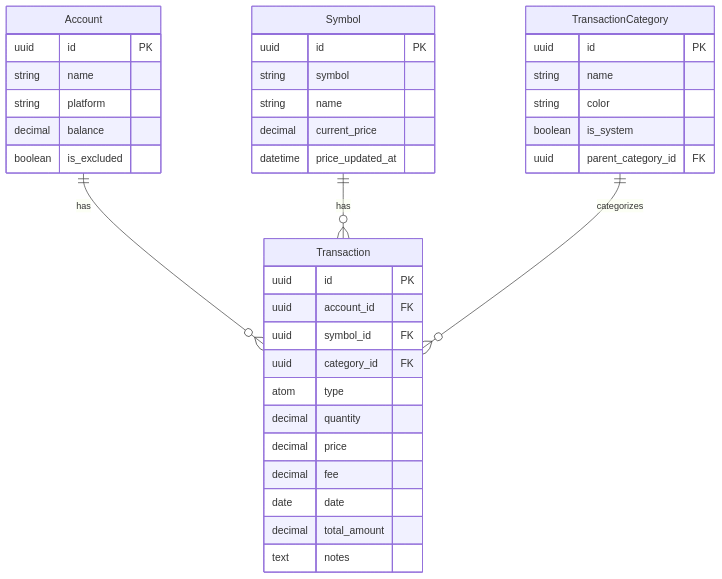
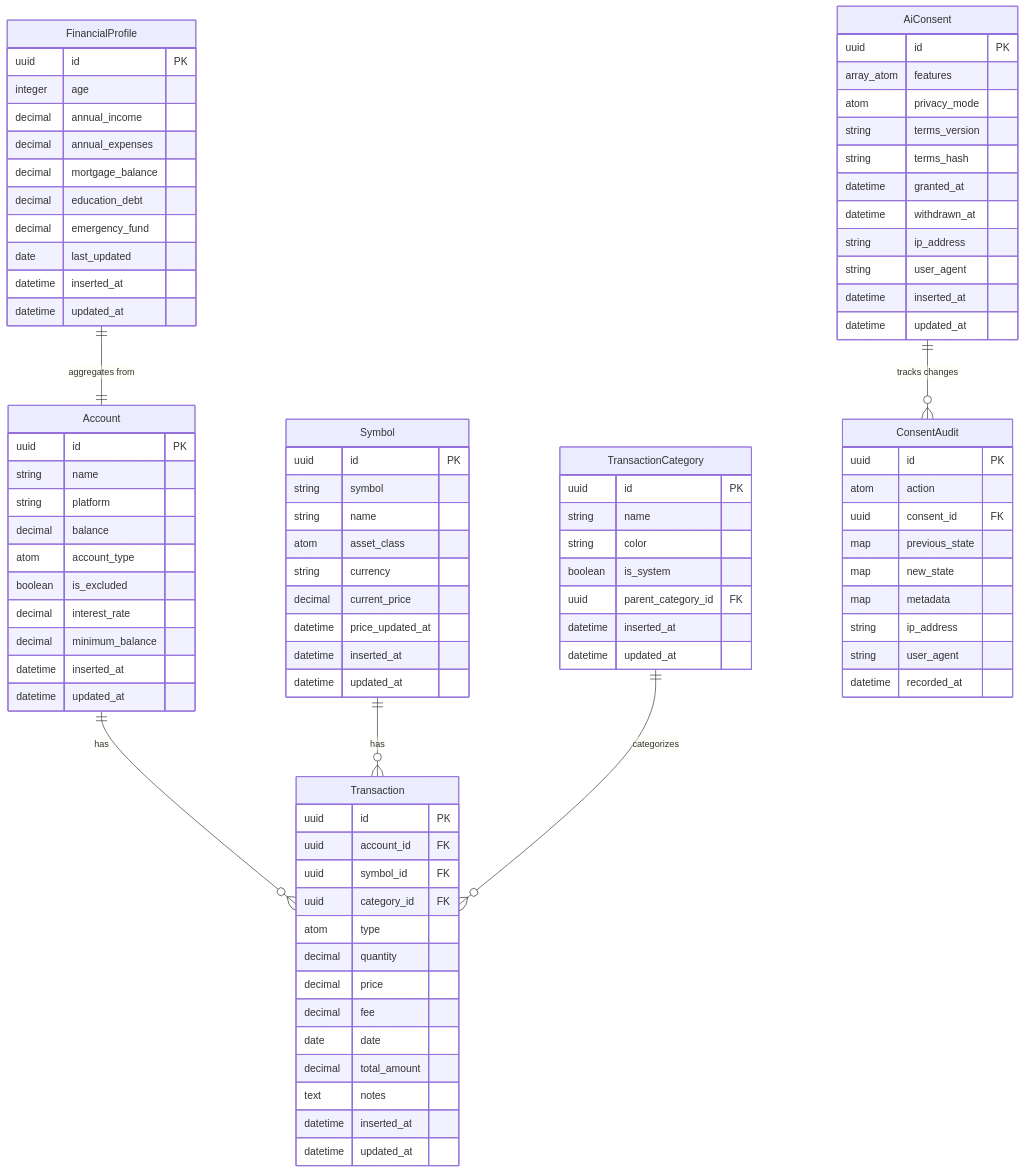
The second of 10 diagrams in docs/development/architecture.md (mdstaff/ashfolio), drawn with Mermaid before and after one commit. The commit also changed other lines of this file and 25 other files, not shown here.

First line of the commit message:
docs: update to v0.10.0 with AI features and user guides

````diff
--- a/docs/development/architecture.md
+++ b/docs/development/architecture.md
@@ -63,24 +91,36 @@
     Account ||--o{ Transaction : has
     Symbol ||--o{ Transaction : has
     TransactionCategory ||--o{ Transaction : categorizes
+    AiConsent ||--o{ ConsentAudit : "tracks changes"
+    FinancialProfile ||--|| Account : "aggregates from"
 
     %% Database-as-user architecture: Each SQLite database represents one user
     %% No User entity needed - user data is database-wide settings
     Account {
         uuid id PK
-        %% No user_id - database-as-user architecture
         string name
         string platform
         decimal balance
+        atom account_type
         boolean is_excluded
+        decimal interest_rate
+        decimal minimum_balance
+        datetime inserted_at
+        datetime updated_at
     }
+
     Symbol {
         uuid id PK
         string symbol
         string name
+        atom asset_class
+        string currency
         decimal current_price
         datetime price_updated_at
+        datetime inserted_at
+        datetime updated_at
     }
+
     Transaction {
         uuid id PK
         uuid account_id FK
@@ -93,12 +133,56 @@
         date date
         decimal total_amount
         text notes
+        datetime inserted_at
+        datetime updated_at
     }
+
     TransactionCategory {
         uuid id PK
         string name
         string color
         boolean is_system
         uuid parent_category_id FK
+        datetime inserted_at
+        datetime updated_at
+    }
+
+    FinancialProfile {
+        uuid id PK
+        integer age
+        decimal annual_income
+        decimal annual_expenses
+        decimal mortgage_balance
+        decimal education_debt
+        decimal emergency_fund
+        date last_updated
+        datetime inserted_at
+        datetime updated_at
+    }
+
+    AiConsent {
+        uuid id PK
+        array_atom features
+        atom privacy_mode
+        string terms_version
+        string terms_hash
+        datetime granted_at
+        datetime withdrawn_at
+        string ip_address
+        string user_agent
+        datetime inserted_at
+        datetime updated_at
+    }
+
+    ConsentAudit {
+        uuid id PK
+        atom action
+        uuid consent_id FK
+        map previous_state
+        map new_state
+        map metadata
+        string ip_address
+        string user_agent
+        datetime recorded_at
     }
 ```
````
